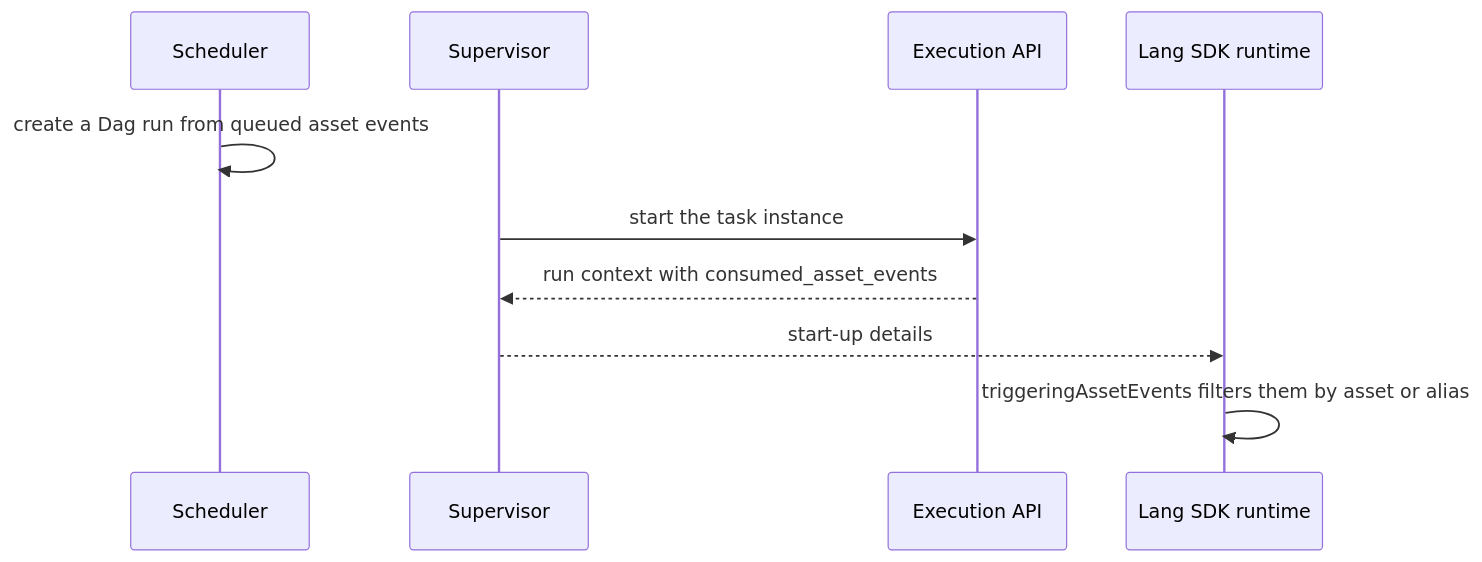
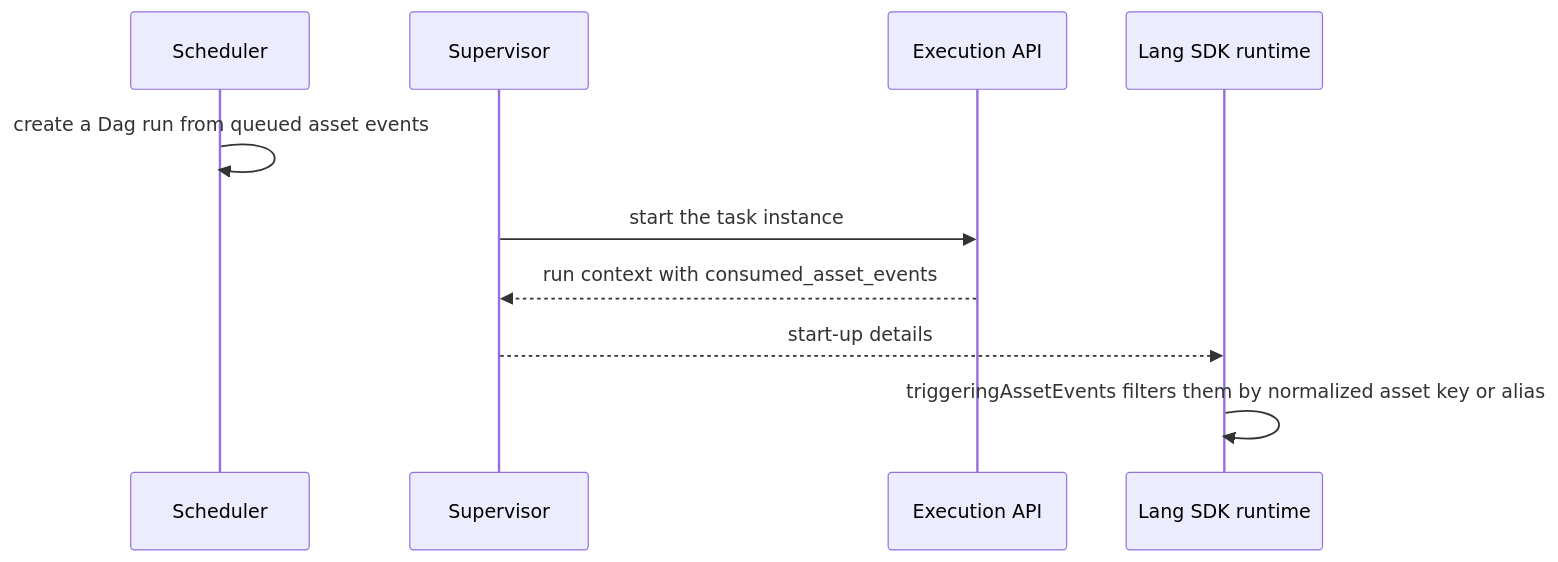
One commit to apache/airflow changed the third of 5 diagrams in airflow-core/adr/lang-sdk/0019-assets-and-timetables-across-lang-sdks.md. Above: the diagram before and after it, drawn with Mermaid. The commit also changed other lines of this file and 4 other files, not shown here.

````diff
--- a/airflow-core/adr/lang-sdk/0019-assets-and-timetables-across-lang-sdks.md
+++ b/airflow-core/adr/lang-sdk/0019-assets-and-timetables-across-lang-sdks.md
@@ -153,12 +176,12 @@
 ```mermaid
 sequenceDiagram
     participant SCH as Scheduler
     participant SV as Supervisor
     participant API as Execution API
     participant RT as Lang SDK runtime
     SCH->>SCH: create a Dag run from queued asset events
     SV->>API: start the task instance
     API-->>SV: run context with consumed_asset_events
     SV-->>RT: start-up details
-    RT->>RT: triggeringAssetEvents filters them by asset or alias
+    RT->>RT: triggeringAssetEvents filters them by normalized asset key or alias
 ```
````
